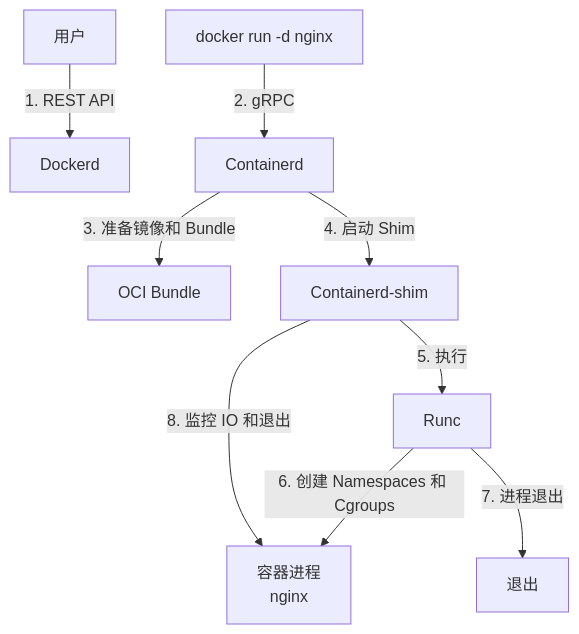
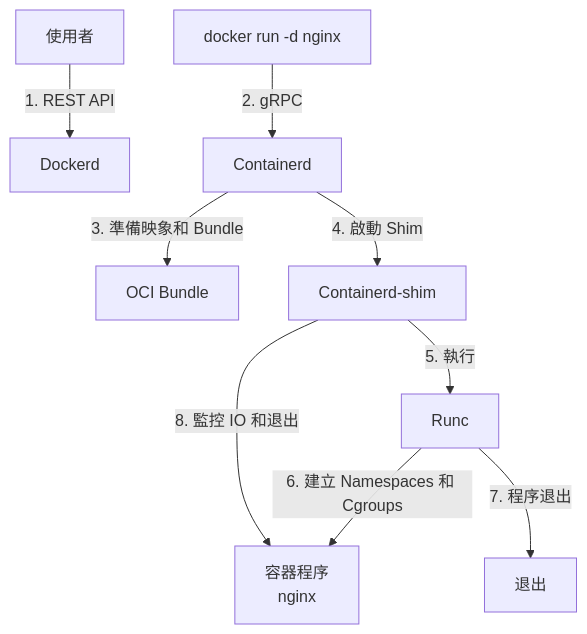
One commit to doggy8088/docker_practice changed the second of 3 diagrams in 12_implementation/12.1_arch.md. Above: the diagram before and after it, drawn with Mermaid. The commit also changed other lines of this file and 211 other files, not shown here.

````diff
--- a/12_implementation/12.1_arch.md
+++ b/12_implementation/12.1_arch.md
@@ -65,21 +65,21 @@
 ```mermaid
 flowchart TD
-  U["用户"]
+  U["使用者"]
   K["docker run -d nginx"]
   D["Dockerd"]
   C["Containerd"]
   B["OCI Bundle"]
   S["Containerd-shim"]
   R["Runc"]
-  P["容器进程<br/>nginx"]
+  P["容器程序<br/>nginx"]
   E["退出"]
 
   U -->|1. REST API| D
   K -->|2. gRPC| C
-  C -->|3. 准备镜像和 Bundle| B
-  C -->|4. 启动 Shim| S
-  S -->|5. 执行| R
-  R -->|6. 创建 Namespaces 和 Cgroups| P
-  R -->|7. 进程退出| E
-  S -->|8. 监控 IO 和退出| P
+  C -->|3. 準備映象和 Bundle| B
+  C -->|4. 啟動 Shim| S
+  S -->|5. 執行| R
+  R -->|6. 建立 Namespaces 和 Cgroups| P
+  R -->|7. 程序退出| E
+  S -->|8. 監控 IO 和退出| P
 ```
````
